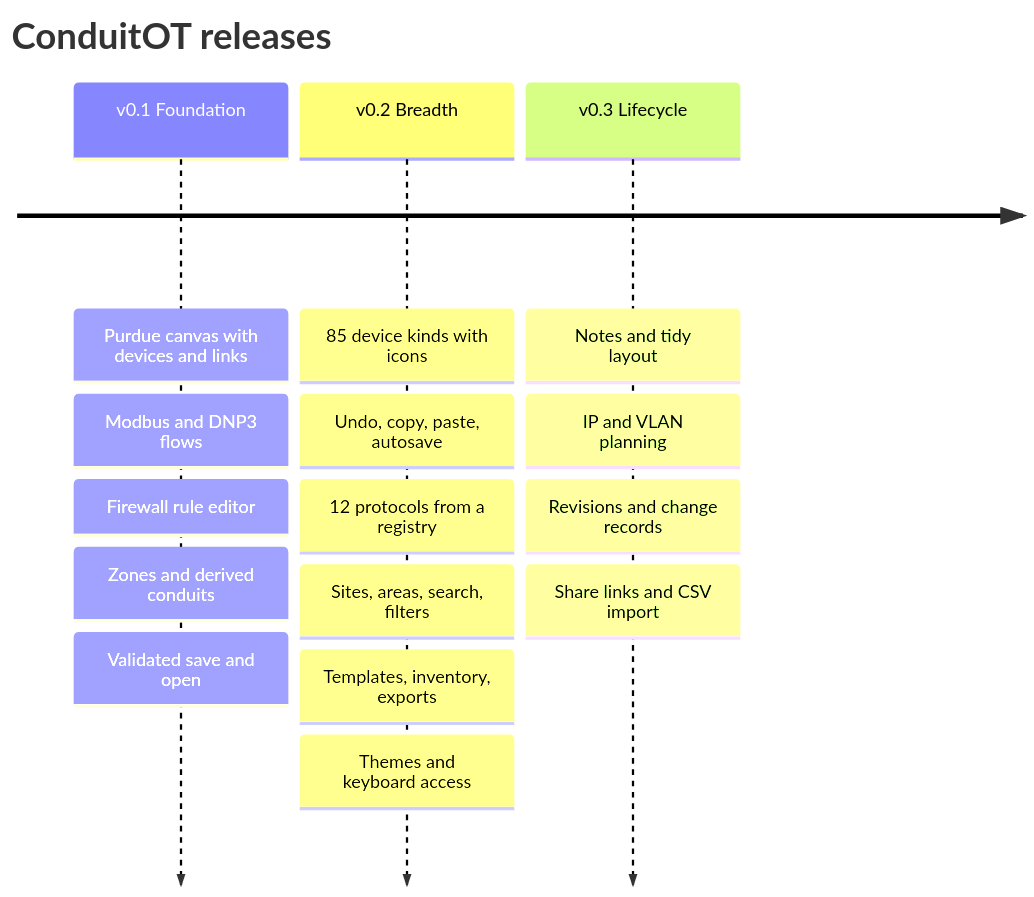
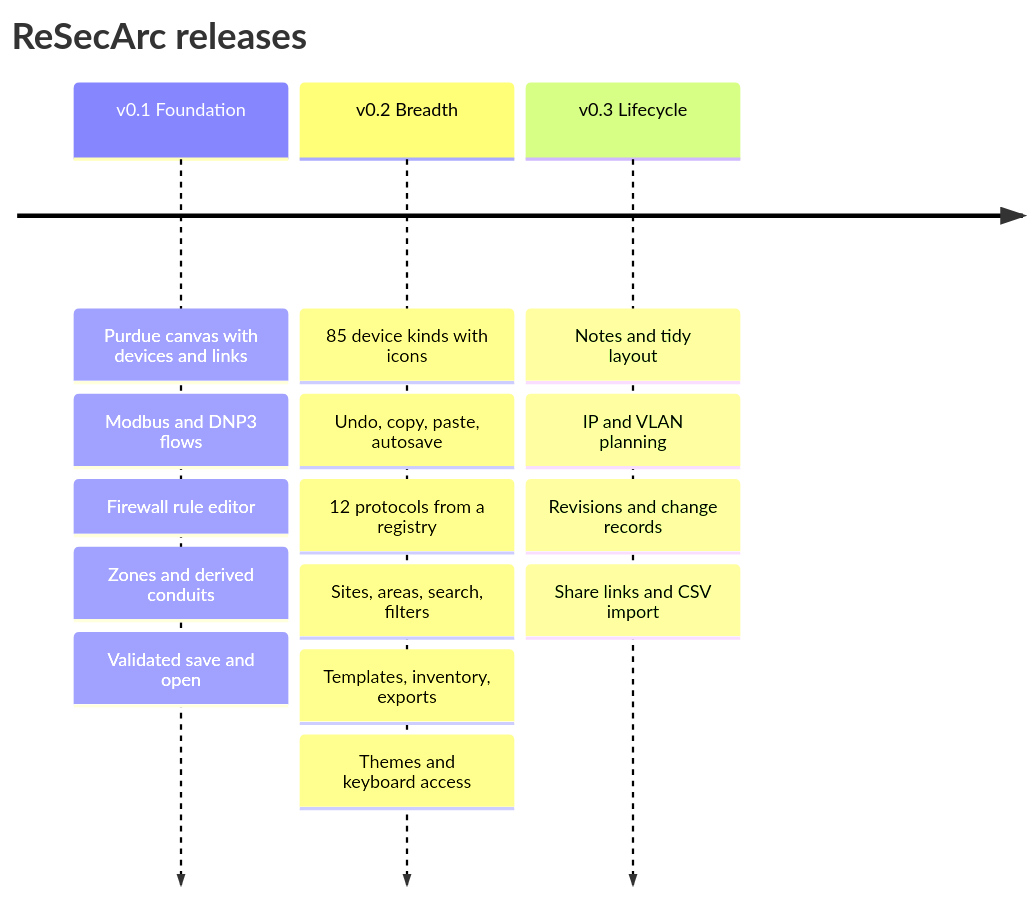
One commit to vijaykumargowdakk/ReSecArc changed diagram 32 of 32 in README.md. Above: the diagram before and after it, drawn with Mermaid. The commit also changed other lines of this file and 33 other files, not shown here.

First line of the commit message:
Rename the product to ReSecArc

````diff
--- a/README.md
+++ b/README.md
@@ -1406,7 +1406,7 @@
 ```mermaid
 timeline
-    title ConduitOT releases
+    title ReSecArc releases
     v0.1 Foundation : Purdue canvas with devices and links : Modbus and DNP3 flows : Firewall rule editor : Zones and derived conduits : Validated save and open
     v0.2 Breadth : 85 device kinds with icons : Undo, copy, paste, autosave : 12 protocols from a registry : Sites, areas, search, filters : Templates, inventory, exports : Themes and keyboard access
     v0.3 Lifecycle : Notes and tidy layout : IP and VLAN planning : Revisions and change records : Share links and CSV import
 ```
````
